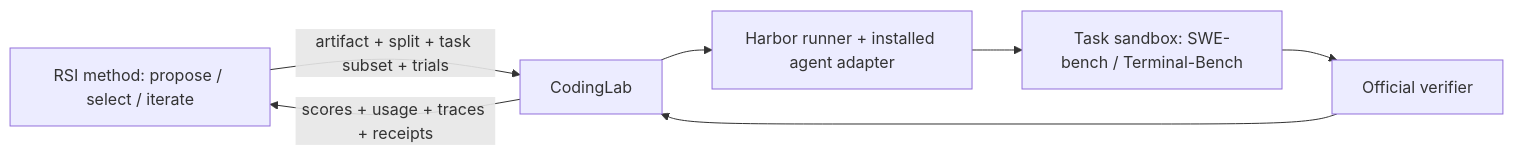
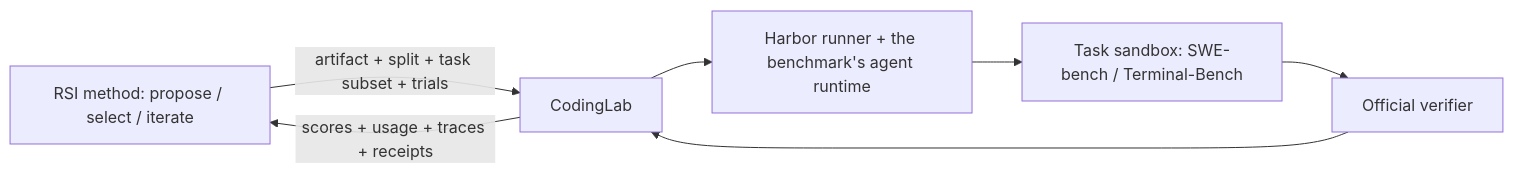
Before and after one commit to FreedomIntelligence/RSIComposer: the diagram in src/rsisys/labs/coding/README.md, drawn with Mermaid. The commit also changed other lines of this file and 20 other files, not shown here.

````diff
--- a/src/rsisys/labs/coding/README.md
+++ b/src/rsisys/labs/coding/README.md
@@ -11,9 +11,9 @@
 ```mermaid
 flowchart LR
     M[RSI method: propose / select / iterate] -->|artifact + split + task subset + trials| L[CodingLab]
-    L --> A[Harbor runner + installed agent adapter]
+    L --> A[Harbor runner + the benchmark's agent runtime]
     A --> S[Task sandbox: SWE-bench / Terminal-Bench]
     S --> V[Official verifier]
     V --> L
     L -->|scores + usage + traces + receipts| M
 ```
````
